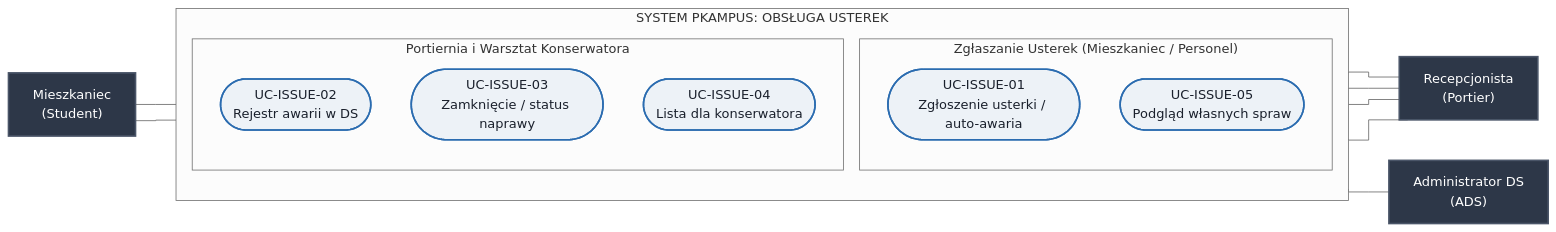
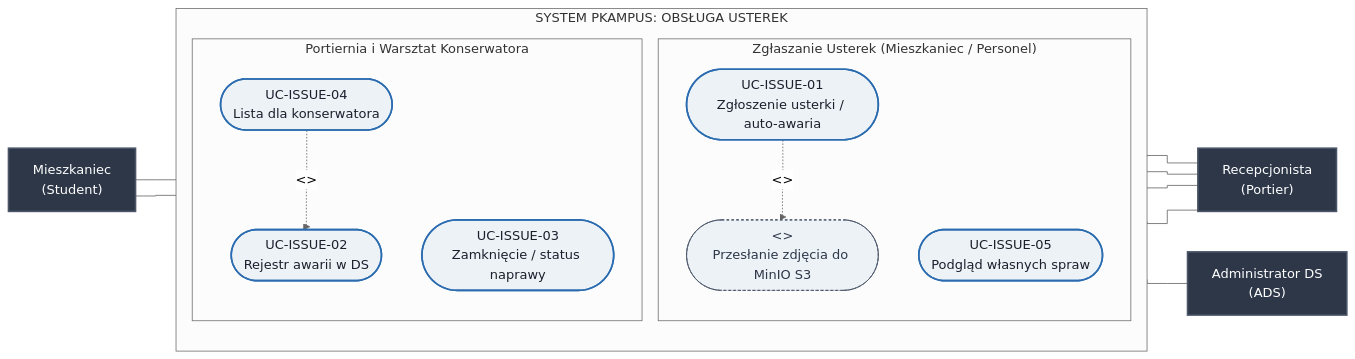
One commit to Buczy8/PKampus changed the sixth of 9 diagrams in Docs/Diagramy_Przypadkow_Uzycia.md. Above: the diagram before and after it, drawn with Mermaid (neutral theme). The commit also changed other lines of this file and 2 other files, not shown here.

Commit message:
docs: add state machine diagrams for user account, laundry booking, room booking, issue reporting, and sanctions lifecycle

````diff
--- a/Docs/Diagramy_Przypadkow_Uzycia.md
+++ b/Docs/Diagramy_Przypadkow_Uzycia.md
@@ -189,37 +237,43 @@
 ```mermaid
 %%{init: {'flowchart': {'curve': 'stepBefore'}}}%%
 flowchart LR
     classDef studentStyle fill:#2d3748,stroke:#4a5568,stroke-width:2px,color:#fff;
     classDef staffStyle fill:#2d3748,stroke:#4a5568,stroke-width:2px,color:#fff;
     classDef ucStyle fill:#edf2f7,stroke:#2b6cb0,stroke-width:2px,color:#1a202c;
+    classDef subUcStyle fill:#edf2f7,stroke:#4a5568,stroke-width:1px,stroke-dasharray: 3 3,color:#2d3748;
 
     Student["Mieszkaniec<br/>(Student)"]:::studentStyle
 
     subgraph System_Issues ["SYSTEM PKAMPUS: OBSŁUGA USTEREK"]
         direction TB
         subgraph Strefa_Zgloszen ["Zgłaszanie Usterek (Mieszkaniec / Personel)"]
             UC_ISSUE_01(["UC-ISSUE-01<br/>Zgłoszenie usterki / auto-awaria"]):::ucStyle
+            UC_INC_PHOTO(["<<include>><br/>Przesłanie zdjęcia do MinIO S3"]):::subUcStyle
             UC_ISSUE_05(["UC-ISSUE-05<br/>Podgląd własnych spraw"]):::ucStyle
+
+            UC_ISSUE_01 -.->|"<<include>>"| UC_INC_PHOTO
         end
 
         subgraph Strefa_Warsztatu ["Portiernia i Warsztat Konserwatora"]
             UC_ISSUE_02(["UC-ISSUE-02<br/>Rejestr awarii w DS"]):::ucStyle
             UC_ISSUE_03(["UC-ISSUE-03<br/>Zamknięcie / status naprawy"]):::ucStyle
             UC_ISSUE_04(["UC-ISSUE-04<br/>Lista dla konserwatora"]):::ucStyle
+
+            UC_ISSUE_04 -.->|"<<extend>>"| UC_ISSUE_02
         end
     end
 
     Portier["Recepcjonista<br/>(Portier)"]:::staffStyle
     AdminDS["Administrator DS<br/>(ADS)"]:::staffStyle
 
     %% Relacje mieszkańca po lewej stronie
     Student --- UC_ISSUE_01
     Student --- UC_ISSUE_05
 
     %% Relacje personelu po prawej stronie (warsztat oraz zgłaszanie awarii części wspólnych / auto-zgłoszenie)
     UC_ISSUE_01 --- Portier
     UC_ISSUE_01 --- AdminDS
     UC_ISSUE_02 --- Portier
     UC_ISSUE_03 --- Portier
     UC_ISSUE_04 --- Portier
 ```
````
